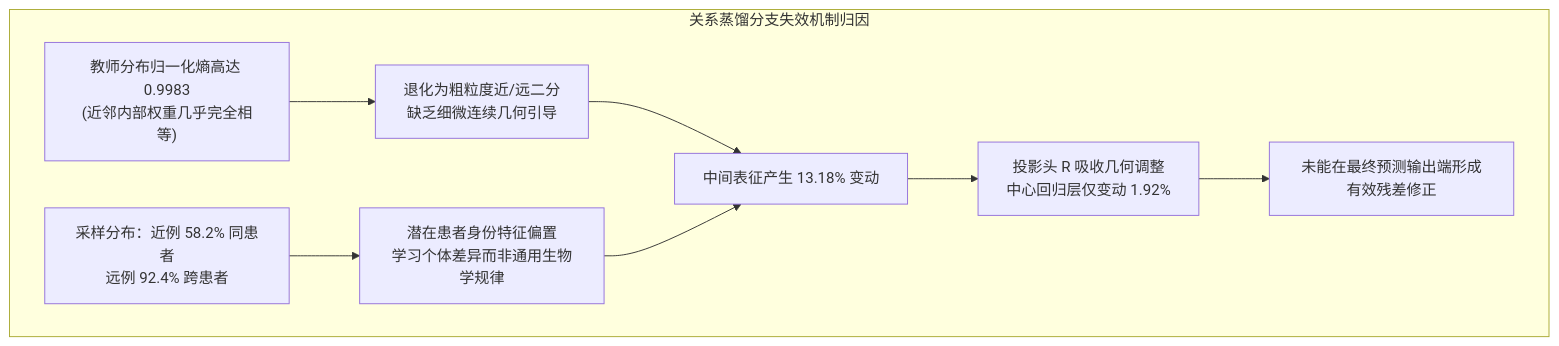
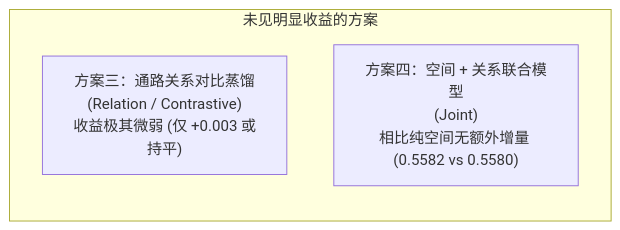
The fourth of 4 diagrams in 团队项目进度与结论/qzs/Phase2软连接方案升级指南.md (qzs610038-star/AI-esophagus-cancer-basedon-HF-HT), drawn with Mermaid before and after one commit. The commit also changed other lines of this file and 3 other files, not shown here.

````diff
--- a/团队项目进度与结论/qzs/Phase2软连接方案升级指南.md
+++ b/团队项目进度与结论/qzs/Phase2软连接方案升级指南.md
@@ -216,11 +256,8 @@
 ```mermaid
-flowchart TD
-    subgraph Bottleneck["关系蒸馏分支失效机制归因"]
-        E1["教师分布归一化熵高达 0.9983<br/>(近邻内部权重几乎完全相等)"] --> R1["退化为粗粒度近/远二分<br/>缺乏细微连续几何引导"]
-        E2["采样分布：近例 58.2% 同患者<br/>远例 92.4% 跨患者"] --> R2["潜在患者身份特征偏置<br/>学习个体差异而非通用生物学规律"]
-        
-        R1 & R2 --> FeatureChange["中间表征产生 13.18% 变动"]
-        FeatureChange --> HeadAbsorb["投影头 R 吸收几何调整<br/>中心回归层仅变动 1.92%"]
-        HeadAbsorb --> Fail["未能在最终预测输出端形成有效残差修正"]
+flowchart LR
+    subgraph Ineffective["未见明显收益的方案"]
+        direction TB
+        M1["方案三：通路关系对比蒸馏<br/>(Relation / Contrastive)<br/>收益极其微弱 (仅 +0.003 或持平)"]
+        M2["方案四：空间 + 关系联合模型<br/>(Joint)<br/>相比纯空间无额外增量 (0.5582 vs 0.5580)"]
     end
 ```
````
